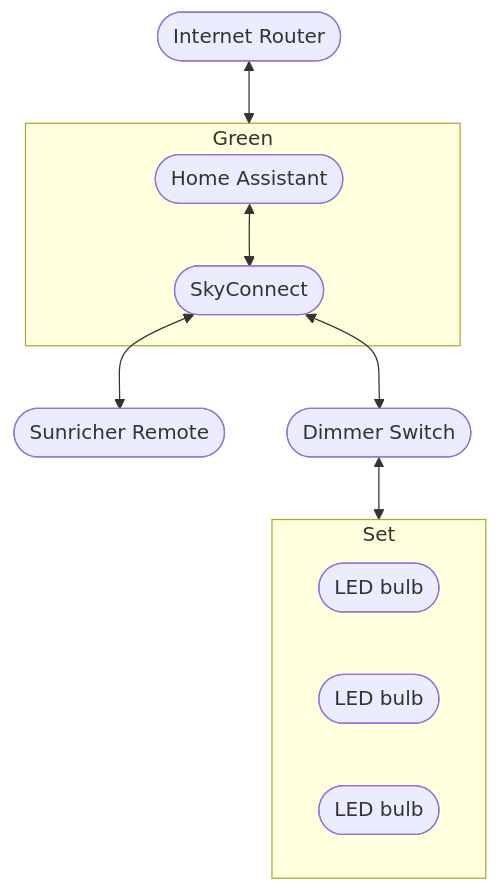
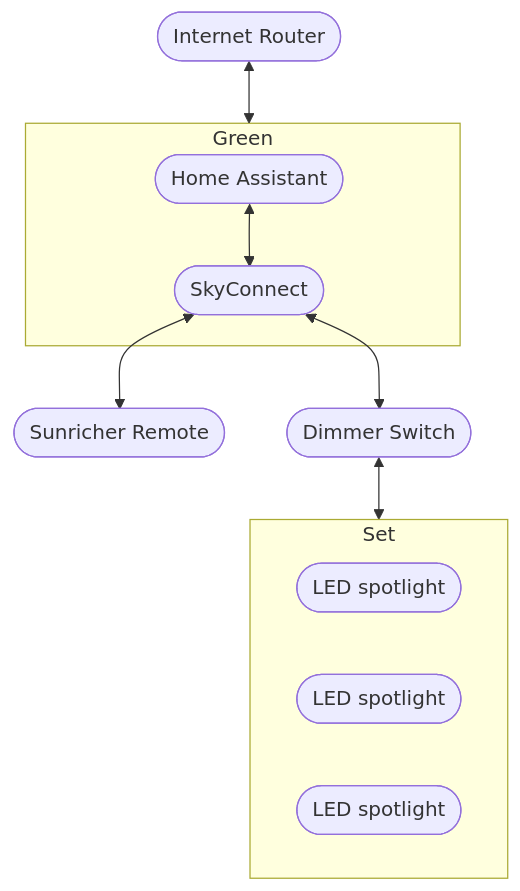
Before and after one commit to freenandes/topo-da-mente: the diagram in content/note/connected-home-switches.md, drawn with Mermaid. The commit also changed other lines of this file, not shown here.

Commit message:
Dec 14, 2023, 10:07 PM

````diff
--- a/content/note/connected-home-switches.md
+++ b/content/note/connected-home-switches.md
@@ -58,15 +58,15 @@
 ```mermaid
 flowchart TB
 iro([Internet Router]) <--> gre
 subgraph gre[Green]
     has([Home Assistant]) <--> sky([SkyConnect])
 end
 sky <--> szr([Sunricher Remote])
 sky <--> zds([Dimmer Switch])
 subgraph sll[Set]
-    ll1([LED bulb])
-    ll2([LED bulb])
-    ll3([LED bulb])
+    ll1([LED spotlight])
+    ll2([LED spotlight])
+    ll3([LED spotlight])
 end
 zds <--> sll
 ```
````
